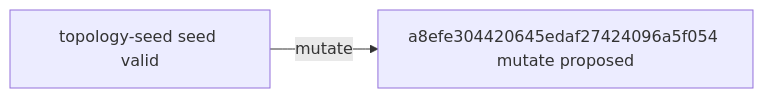
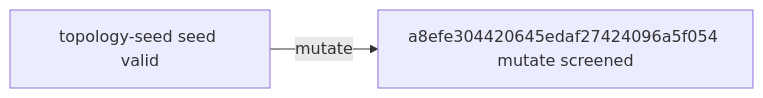
Before and after one commit to timbtz/feyer-search-lab: the diagram in experiments/campaigns/astra-group-numerical-v3/README.md, drawn with Mermaid. The commit also changed other lines of this file and 7 other files, not shown here.

Commit message:
Record DAG campaign a8efe304420645edaf27424096a5f054-screen

````diff
--- a/experiments/campaigns/astra-group-numerical-v3/README.md
+++ b/experiments/campaigns/astra-group-numerical-v3/README.md
@@ -21,6 +21,6 @@
 ```mermaid
 graph LR
   n0["topology-seed seed valid"]
-  n1["a8efe304420645edaf27424096a5f054 mutate proposed"]
+  n1["a8efe304420645edaf27424096a5f054 mutate screened"]
   n0 -->|mutate| n1
 ```
````
